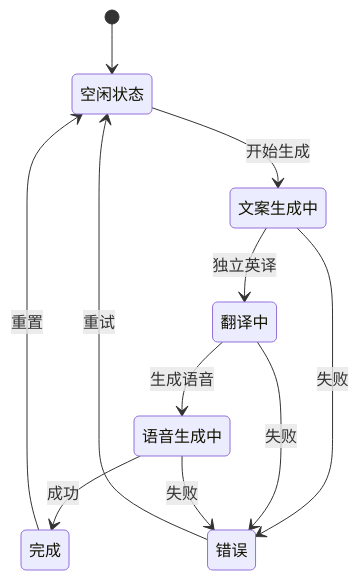
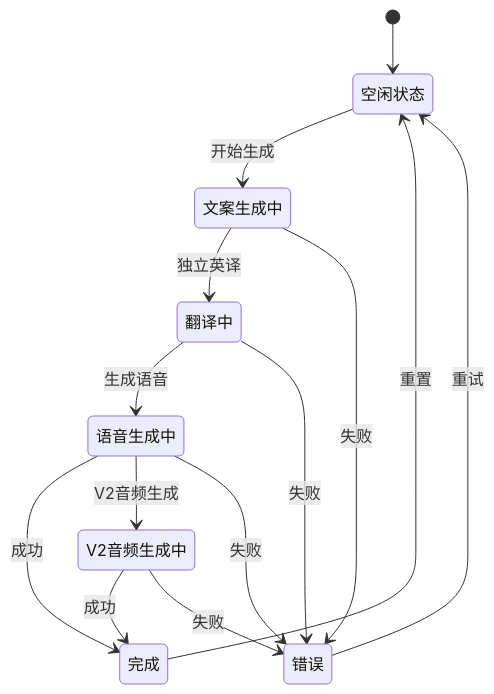
Before and after one commit to hanksd769-droid/sailshub: the second of 10 diagrams in .qoder/repowiki/zh/content/Product Copy Page.md, drawn with Mermaid. The commit also changed other lines of this file and 6 other files, not shown here.

````diff
--- a/.qoder/repowiki/zh/content/Product Copy Page.md
+++ b/.qoder/repowiki/zh/content/Product Copy Page.md
@@ -103,13 +109,16 @@
 ```mermaid
 stateDiagram-v2
 [*] --> 空闲状态
 空闲状态 --> 文案生成中 : 开始生成
 文案生成中 --> 翻译中 : 独立英译
 翻译中 --> 语音生成中 : 生成语音
 语音生成中 --> 完成 : 成功
+语音生成中 --> V2音频生成中 : V2音频生成
+V2音频生成中 --> 完成 : 成功
 文案生成中 --> 错误 : 失败
 翻译中 --> 错误 : 失败
 语音生成中 --> 错误 : 失败
+V2音频生成中 --> 错误 : 失败
 错误 --> 空闲状态 : 重试
 完成 --> 空闲状态 : 重置
 ```
````
